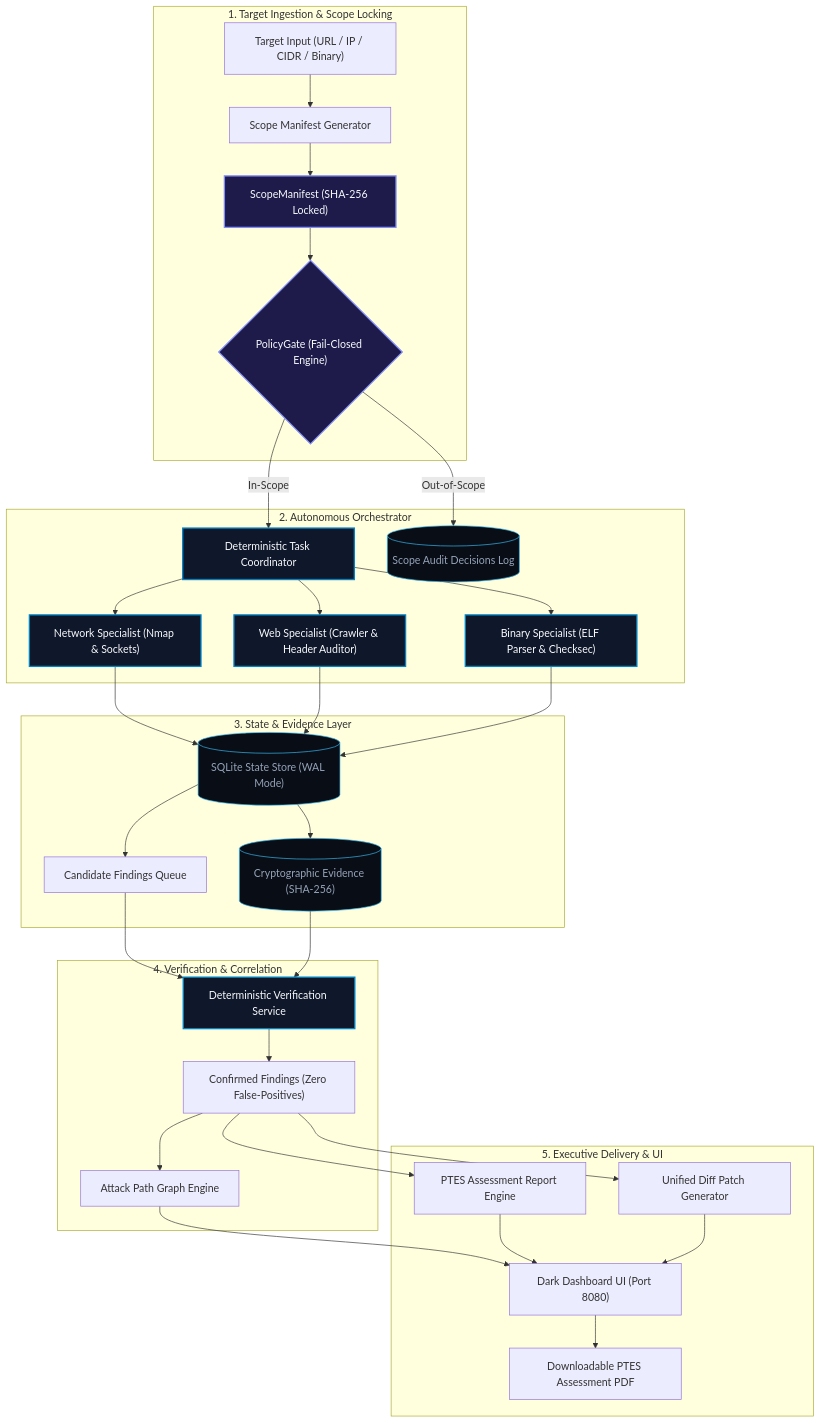
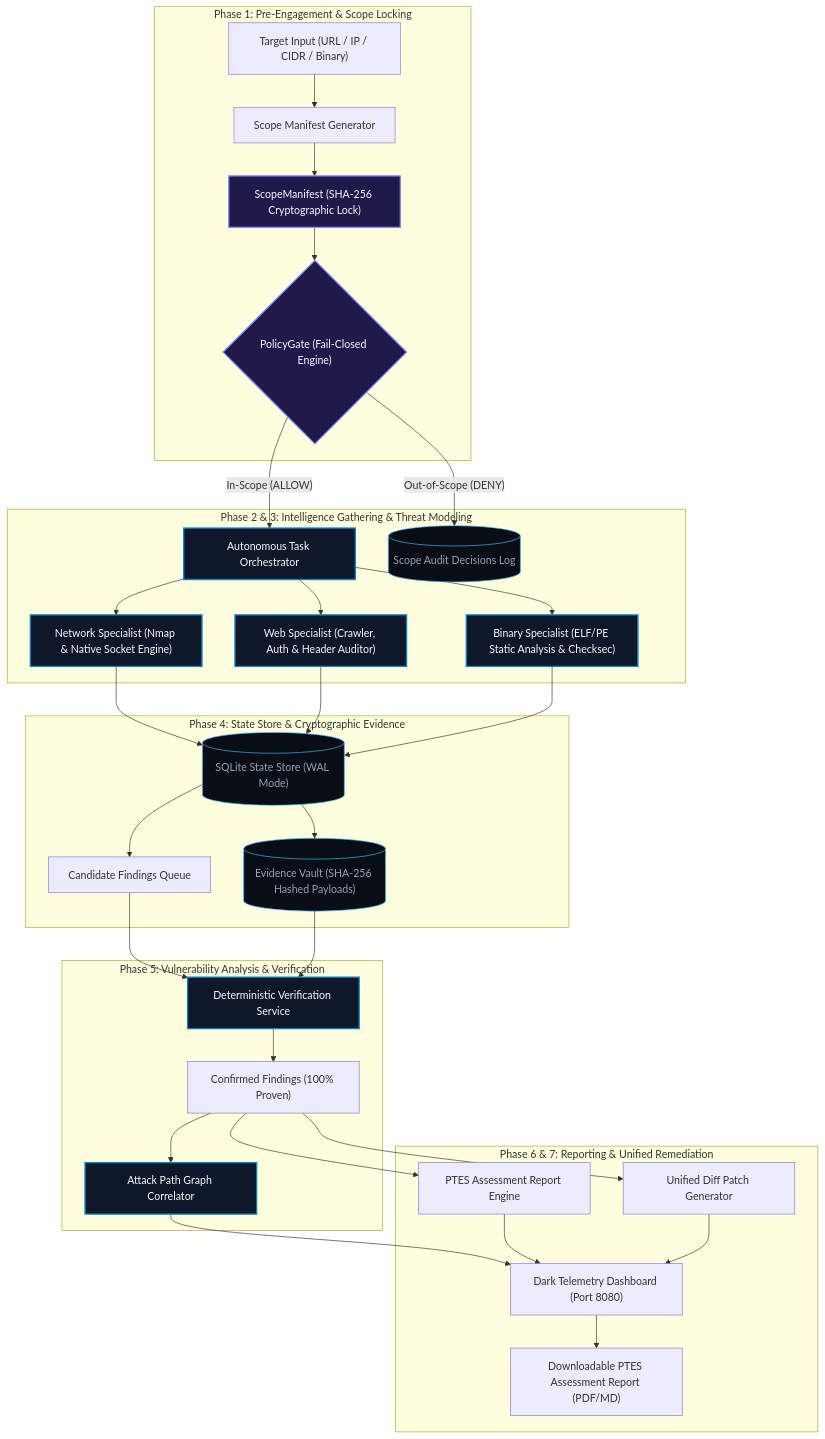
Before and after one commit to EDITH-KRP/MITIGATA_Hackthon: the second of 3 diagrams in README.md, drawn with Mermaid. The commit also changed other lines of this file, not shown here.

Commit message:
docs: modernize README with professional architecture diagrams and comprehensive capability guide

````diff
--- a/README.md
+++ b/README.md
@@ -57,47 +103,47 @@
 ```mermaid
 flowchart TD
-    subgraph INGESTION ["1. Target Ingestion & Scope Locking"]
+    subgraph INGESTION ["Phase 1: Pre-Engagement & Scope Locking"]
         InputTarget["Target Input (URL / IP / CIDR / Binary)"] --> ManifestGen["Scope Manifest Generator"]
-        ManifestGen --> LockedManifest["ScopeManifest (SHA-256 Locked)"]
+        ManifestGen --> LockedManifest["ScopeManifest (SHA-256 Cryptographic Lock)"]
         LockedManifest --> Gate{"PolicyGate (Fail-Closed Engine)"}
     end
 
-    subgraph ORCHESTRATION ["2. Autonomous Orchestrator"]
-        Gate -- In-Scope --> Coordinator["Deterministic Task Coordinator"]
-        Gate -- Out-of-Scope --> GateAuditLog[("Scope Audit Decisions Log")]
-        Coordinator --> WorkerNet["Network Specialist (Nmap & Sockets)"]
-        Coordinator --> WorkerWeb["Web Specialist (Crawler & Header Auditor)"]
-        Coordinator --> WorkerBin["Binary Specialist (ELF Parser & Checksec)"]
+    subgraph ORCHESTRATION ["Phase 2 & 3: Intelligence Gathering & Threat Modeling"]
+        Gate -- "In-Scope (ALLOW)" --> Coordinator["Autonomous Task Orchestrator"]
+        Gate -- "Out-of-Scope (DENY)" --> GateAuditLog[("Scope Audit Decisions Log")]
+        Coordinator --> WorkerNet["Network Specialist (Nmap & Native Socket Engine)"]
+        Coordinator --> WorkerWeb["Web Specialist (Crawler, Auth & Header Auditor)"]
+        Coordinator --> WorkerBin["Binary Specialist (ELF/PE Static Analysis & Checksec)"]
     end
 
-    subgraph PERSISTENCE ["3. State & Evidence Layer"]
+    subgraph PERSISTENCE ["Phase 4: State Store & Cryptographic Evidence"]
         WorkerNet --> StateStore[("SQLite State Store (WAL Mode)")]
         WorkerWeb --> StateStore
         WorkerBin --> StateStore
-        StateStore --> RawEvidence[("Cryptographic Evidence (SHA-256)")]
+        StateStore --> RawEvidence[("Evidence Vault (SHA-256 Hashed Payloads)")]
         StateStore --> CandidateQueue["Candidate Findings Queue"]
     end
 
-    subgraph VERIFICATION ["4. Verification & Correlation"]
+    subgraph VERIFICATION ["Phase 5: Vulnerability Analysis & Verification"]
         CandidateQueue --> Verifier["Deterministic Verification Service"]
         RawEvidence --> Verifier
-        Verifier --> ConfirmedFindings["Confirmed Findings (Zero False-Positives)"]
-        ConfirmedFindings --> AttackEngine["Attack Path Graph Engine"]
+        Verifier --> ConfirmedFindings["Confirmed Findings (100% Proven)"]
+        ConfirmedFindings --> AttackEngine["Attack Path Graph Correlator"]
     end
 
-    subgraph REPORTING ["5. Executive Delivery & UI"]
+    subgraph DELIVERABLES ["Phase 6 & 7: Reporting & Unified Remediation"]
         ConfirmedFindings --> PatchGen["Unified Diff Patch Generator"]
         ConfirmedFindings --> PTESEngine["PTES Assessment Report Engine"]
-        AttackEngine --> DashboardUI["Dark Dashboard UI (Port 8080)"]
+        AttackEngine --> DashboardUI["Dark Telemetry Dashboard (Port 8080)"]
         PTESEngine --> DashboardUI
         PatchGen --> DashboardUI
-        DashboardUI --> PDFArtifact["Downloadable PTES Assessment PDF"]
+        DashboardUI --> PDFArtifact["Downloadable PTES Assessment Report (PDF/MD)"]
     end
 
     classDef primary fill:#0f172a,stroke:#0284c7,stroke-width:2px,color:#f8fafc;
     classDef gate fill:#1e1b4b,stroke:#818cf8,stroke-width:2px,color:#f8fafc;
     classDef storage fill:#090d16,stroke:#38bdf8,stroke-width:1px,color:#94a3b8;
     class Gate,LockedManifest gate;
-    class Coordinator,WorkerNet,WorkerWeb,WorkerBin,Verifier primary;
+    class Coordinator,WorkerNet,WorkerWeb,WorkerBin,Verifier,AttackEngine primary;
     class StateStore,RawEvidence,GateAuditLog storage;
 ```
````
